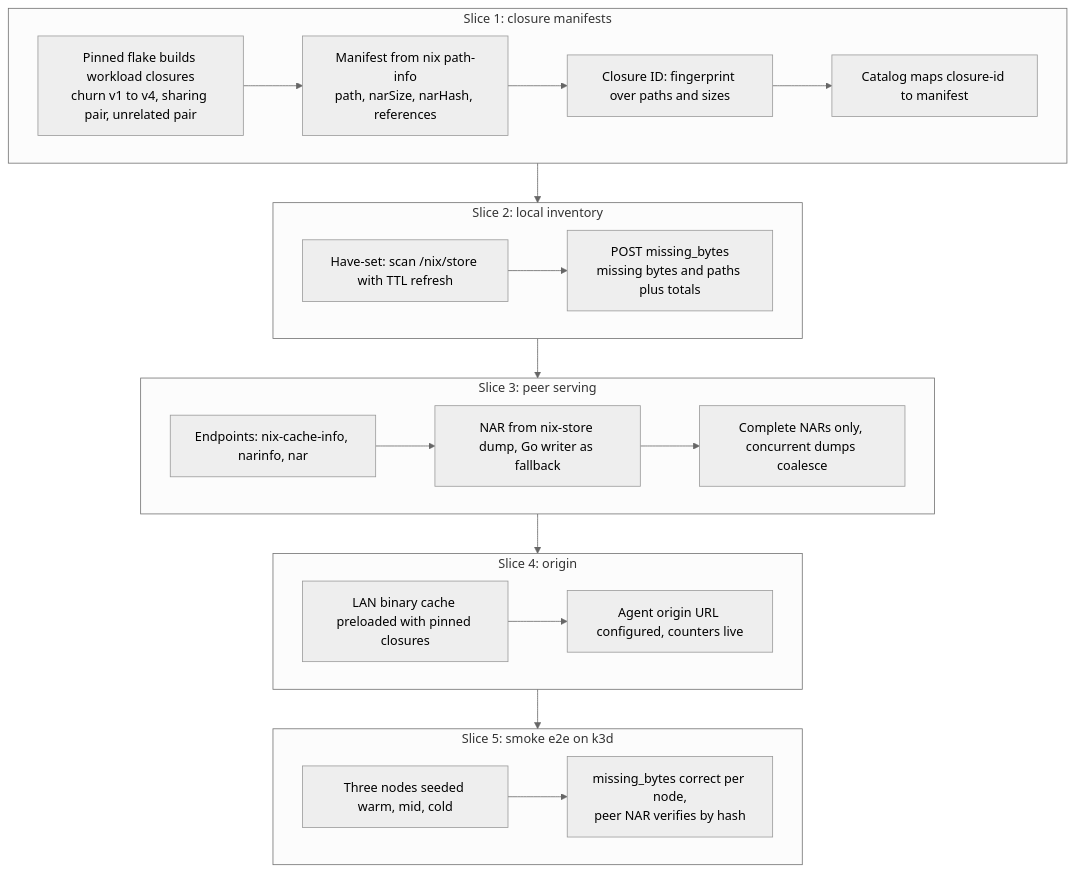
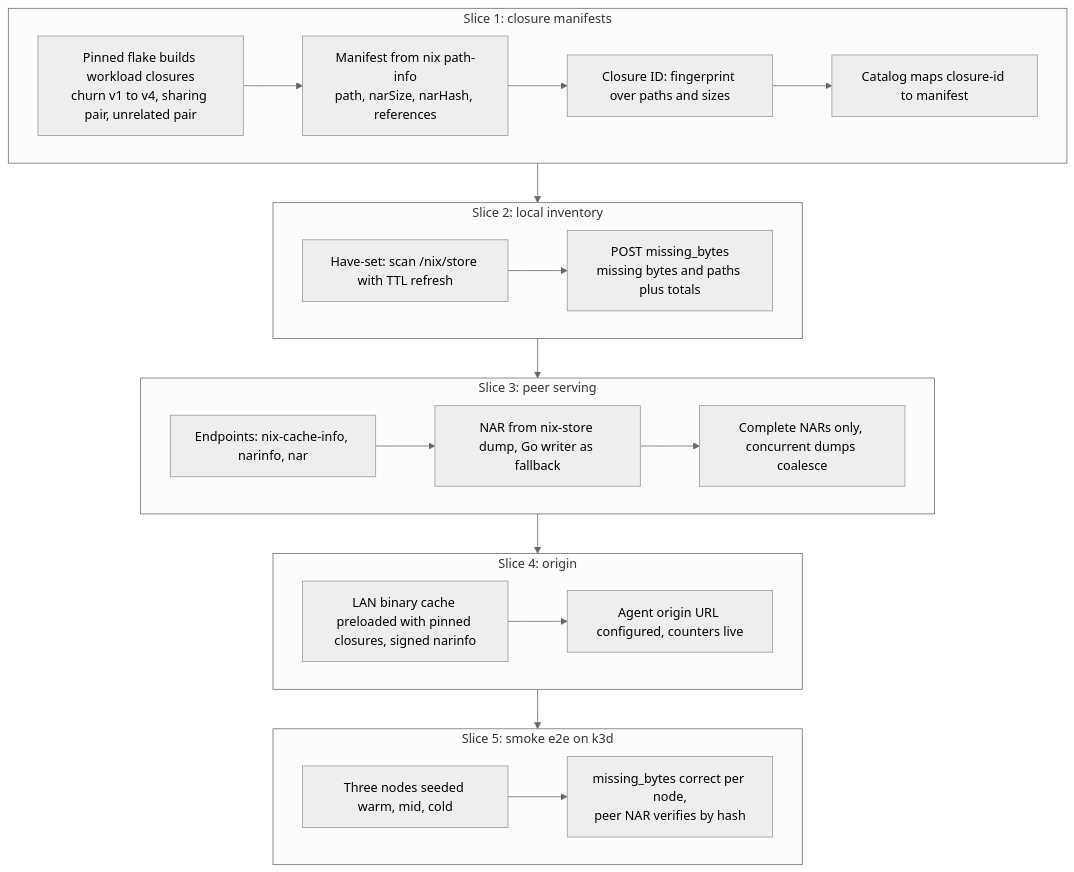
Before and after one commit to daschinmoy21/k3sNix: the first of 2 diagrams in docs/phase1.md, drawn with Mermaid (neutral theme). The commit also changed other lines of this file and 2 other files, not shown here.

````diff
--- a/docs/phase1.md
+++ b/docs/phase1.md
@@ -111,27 +181,27 @@
 ```mermaid
 flowchart TD
     subgraph SL1["Slice 1: closure manifests"]
         A["Pinned flake builds workload closures<br/>churn v1 to v4, sharing pair, unrelated pair"] --> B["Manifest from nix path-info<br/>path, narSize, narHash, references"]
         B --> C["Closure ID: fingerprint over paths and sizes"]
         C --> D["Catalog maps closure-id to manifest"]
     end
 
     subgraph SL2["Slice 2: local inventory"]
         E["Have-set: scan /nix/store with TTL refresh"] --> F["POST missing_bytes<br/>missing bytes and paths plus totals"]
     end
 
     subgraph SL3["Slice 3: peer serving"]
         G["Endpoints: nix-cache-info, narinfo, nar"] --> H["NAR from nix-store dump, Go writer as fallback"]
         H --> I["Complete NARs only, concurrent dumps coalesce"]
     end
 
     subgraph SL4["Slice 4: origin"]
-        J["LAN binary cache preloaded with pinned closures"] --> K["Agent origin URL configured, counters live"]
+        J["LAN binary cache preloaded with pinned closures, signed narinfo"] --> K["Agent origin URL configured, counters live"]
     end
 
     subgraph SL5["Slice 5: smoke e2e on k3d"]
         L["Three nodes seeded warm, mid, cold"] --> M["missing_bytes correct per node,<br/>peer NAR verifies by hash"]
     end
 
     SL1 --> SL2 --> SL3 --> SL4 --> SL5
 ```
````
